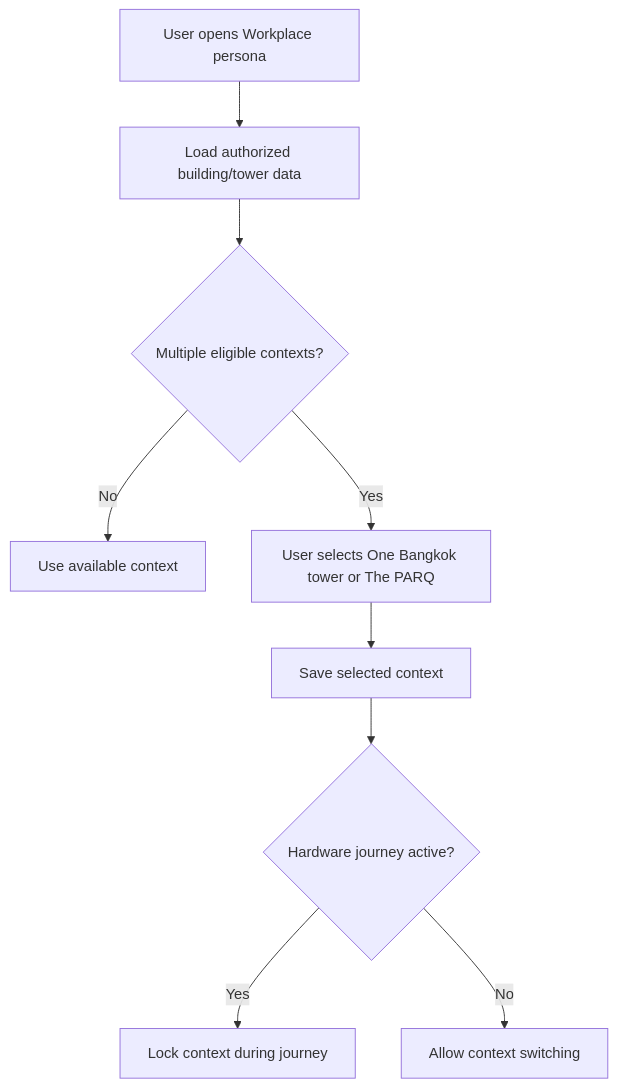
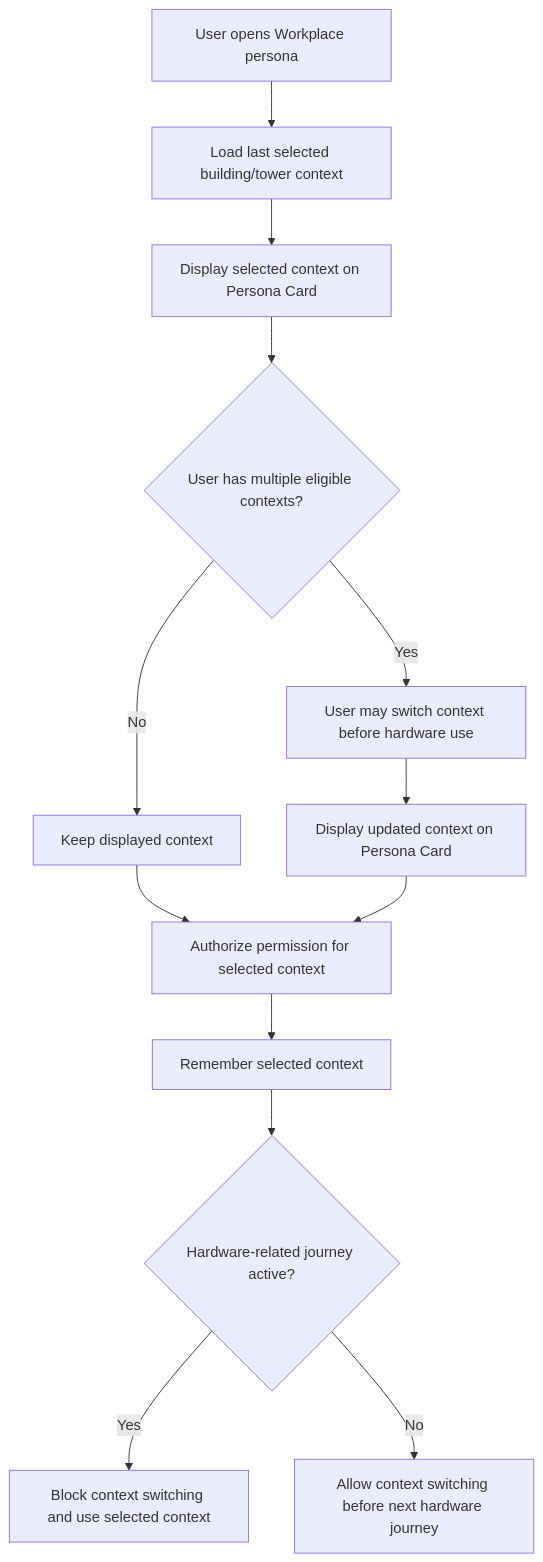
Before and after one commit to khempaphatama-bas/parq-integration: the fifth of 13 diagrams in 02_Discovery/PARQ_Requirement_Specification_and_Scope_of_Work.md, drawn with Mermaid. The commit also changed other lines of this file and 3 other files, not shown here.

````diff
--- a/02_Discovery/PARQ_Requirement_Specification_and_Scope_of_Work.md
+++ b/02_Discovery/PARQ_Requirement_Specification_and_Scope_of_Work.md
@@ -296,11 +343,15 @@
 ```mermaid
 flowchart TD
-    A["User opens Workplace persona"] --> B["Load authorized building/tower data"]
-    B --> C{"Multiple eligible contexts?"}
-    C -- "No" --> D["Use available context"]
-    C -- "Yes" --> E["User selects One Bangkok tower or The PARQ"]
-    E --> F["Save selected context"]
-    F --> G{"Hardware journey active?"}
-    G -- "Yes" --> H["Lock context during journey"]
-    G -- "No" --> I["Allow context switching"]
+    A["User opens Workplace persona"] --> B["Load last selected building/tower context"]
+    B --> C["Display selected context on Persona Card"]
+    C --> D{"User has multiple eligible contexts?"}
+    D -- "No" --> E["Keep displayed context"]
+    D -- "Yes" --> F["User may switch context before hardware use"]
+    F --> G["Display updated context on Persona Card"]
+    E --> H["Authorize permission for selected context"]
+    G --> H
+    H --> I["Remember selected context"]
+    I --> J{"Hardware-related journey active?"}
+    J -- "Yes" --> K["Block context switching and use selected context"]
+    J -- "No" --> L["Allow context switching before next hardware journey"]
 ```
````
